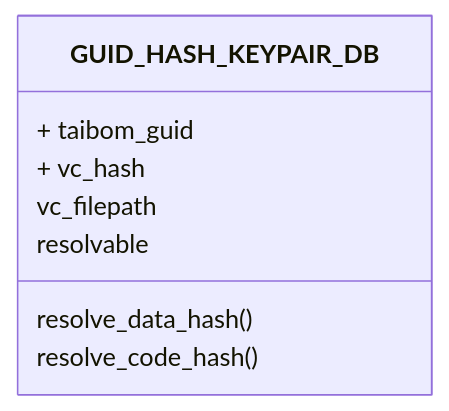
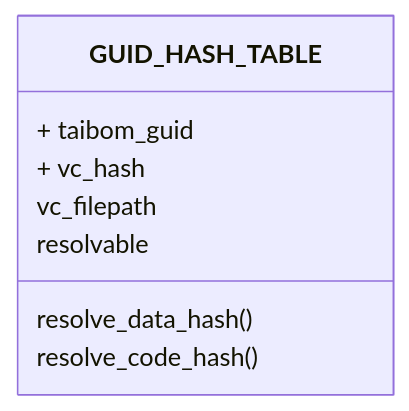
Before and after one commit to nqminds/Trusted-AI-BOM: the diagram in packages/docusaurus/docs/working-docs/40-architecture/65-taibom-sdk-architecture/65-taibom-sdk-architecture.md, drawn with Mermaid. The commit also changed other lines of this file, not shown here.

Commit message:
[2025-04-01 10:42:22] Tony McCaigue: SDK Architecture

````diff
--- a/packages/docusaurus/docs/working-docs/40-architecture/65-taibom-sdk-architecture/65-taibom-sdk-architecture.md
+++ b/packages/docusaurus/docs/working-docs/40-architecture/65-taibom-sdk-architecture/65-taibom-sdk-architecture.md
@@ -10,11 +37,11 @@
 ```mermaid
 classDiagram
-    class GUID_HASH_KEYPAIR_DB{
+    class GUID_HASH_TABLE{
       + taibom_guid
       + vc_hash
       vc_filepath
       resolvable
       resolve_data_hash()
       resolve_code_hash()
     }
 ```
````
